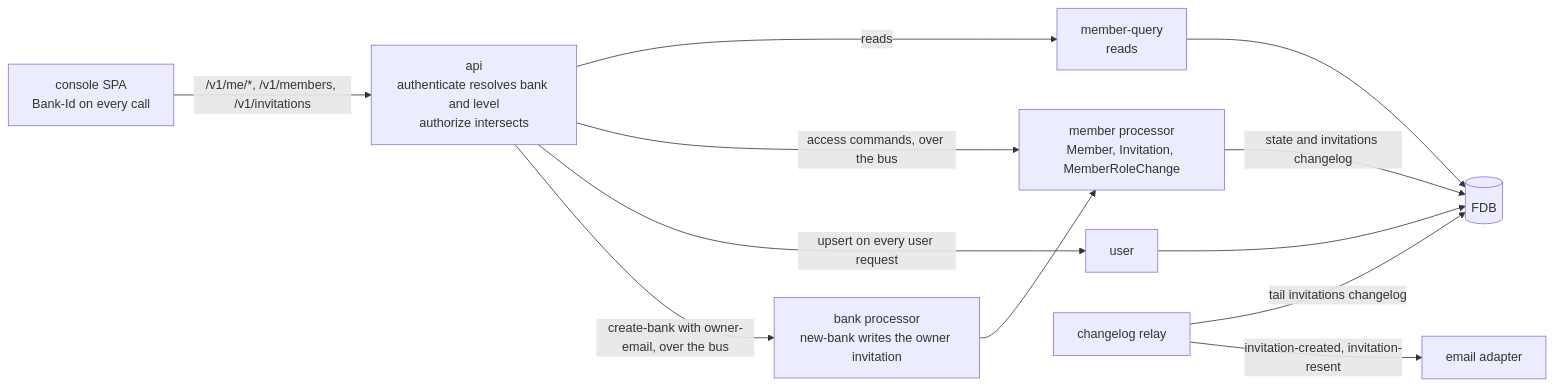
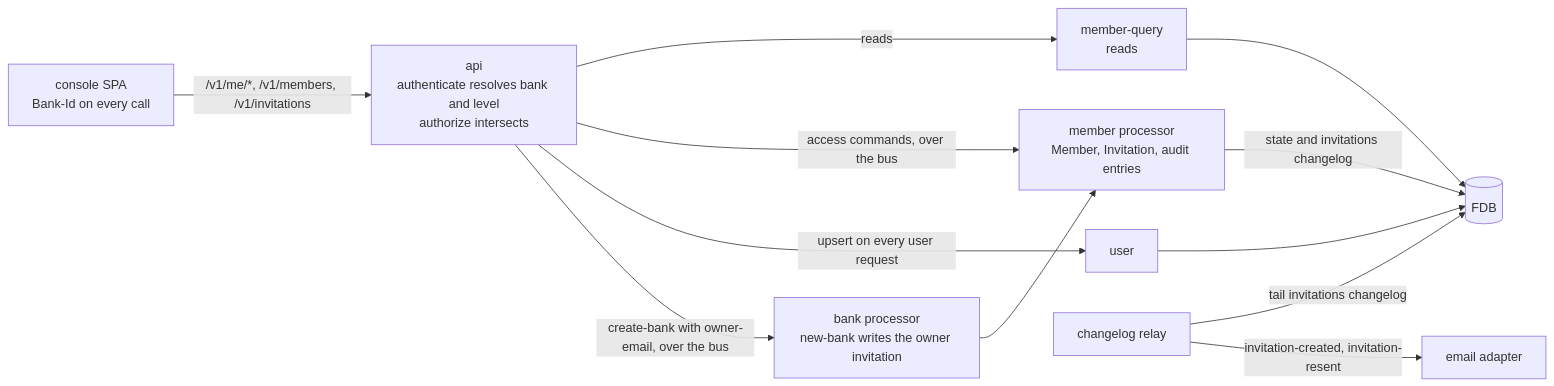
The diagram in docs/tdd/members.md (repldriven/queenswood), drawn with Mermaid before and after one commit. The commit also changed other lines of this file and 284 other files, not shown here.

````diff
--- a/docs/tdd/members.md
+++ b/docs/tdd/members.md
@@ -319,24 +315,24 @@
 ```mermaid
 graph LR
     SPA["console SPA<br/>Bank-Id on every call"]
     API["api<br/>authenticate resolves bank and level<br/>authorize intersects"]
     BQ["member-query<br/>reads"]
-    BM["member processor<br/>Member, Invitation, MemberRoleChange"]
+    BM["member processor<br/>Member, Invitation, audit entries"]
     BU["user"]
     BB["bank processor<br/>new-bank writes the owner invitation"]
     RL["changelog relay"]
     EM["email adapter"]
     FDB[("FDB")]
 
     SPA -->|"/v1/me/*, /v1/members, /v1/invitations"| API
     API -->|"reads"| BQ
     API -->|"access commands, over the bus"| BM
     API -->|"upsert on every user request"| BU
     API -->|"create-bank with owner-email, over the bus"| BB
     BB --> BM
     BM -->|"state and invitations changelog"| FDB
     RL -->|"tail invitations changelog"| FDB
     RL -->|"invitation-created, invitation-resent"| EM
     BQ --> FDB
     BU --> FDB
 ```
````
